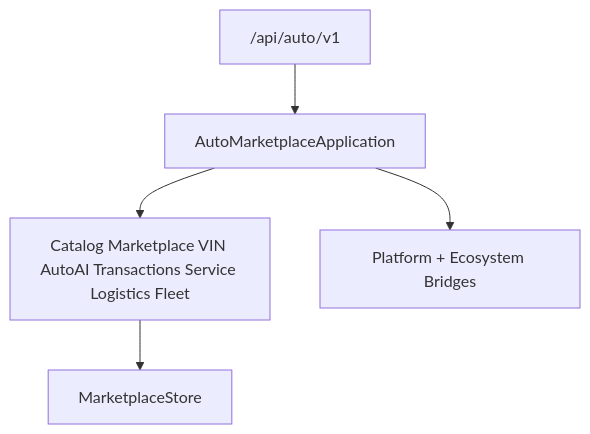
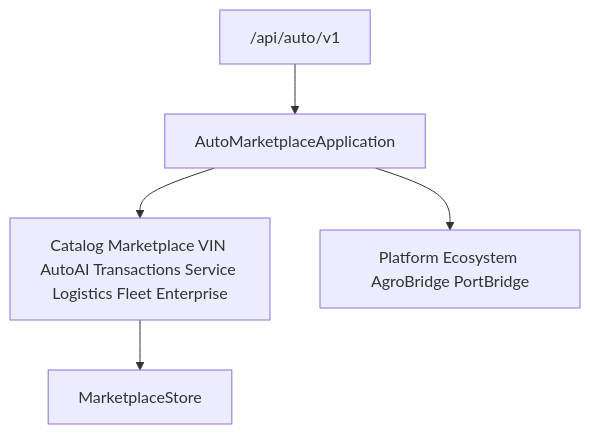
The diagram in docs/AUTO_MARKETPLACE.md (okeysiri11/telegram-ai-crm-bot), drawn with Mermaid before and after one commit. The commit also changed other lines of this file and 54 other files, not shown here.

````diff
--- a/docs/AUTO_MARKETPLACE.md
+++ b/docs/AUTO_MARKETPLACE.md
@@ -20,10 +20,10 @@
 ```mermaid
 flowchart TB
     API["/api/auto/v1"]
     App[AutoMarketplaceApplication]
-    Domains[Catalog Marketplace VIN AutoAI Transactions Service Logistics Fleet]
-    Bridges[Platform + Ecosystem Bridges]
+    Domains[Catalog Marketplace VIN AutoAI Transactions Service Logistics Fleet Enterprise]
+    Bridges[Platform Ecosystem AgroBridge PortBridge]
     Store[MarketplaceStore]
     API --> App --> Domains --> Store
     App --> Bridges
 ```
````
